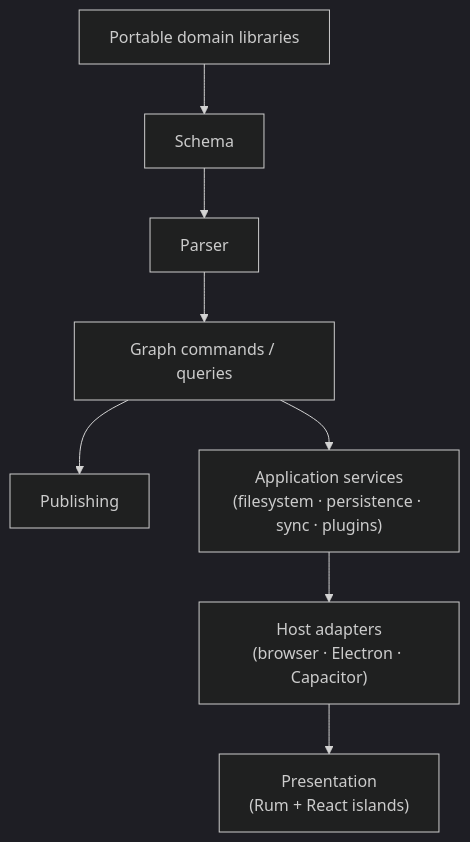
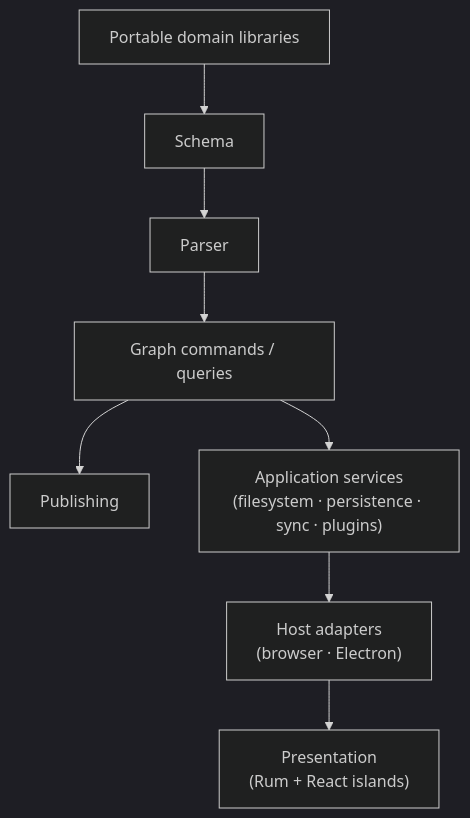
One commit to talal/logseq-og changed the diagram in docs/assessment.md. Above: the diagram before and after it, drawn with Mermaid (dark theme). The commit also changed other lines of this file and 328 other files, not shown here.

````diff
--- a/docs/assessment.md
+++ b/docs/assessment.md
@@ -139,14 +137,14 @@
 ```mermaid
 flowchart TB
     domain["Portable domain libraries"]
     schema["Schema"]
     parser["Parser"]
     queries["Graph commands / queries"]
     publishing["Publishing"]
     services["Application services<br>(filesystem · persistence · sync · plugins)"]
-    hosts["Host adapters<br>(browser · Electron · Capacitor)"]
+    hosts["Host adapters<br>(browser · Electron)"]
     presentation["Presentation<br>(Rum + React islands)"]
 
     domain --> schema --> parser --> queries --> publishing
     queries --> services --> hosts --> presentation
 ```
````
